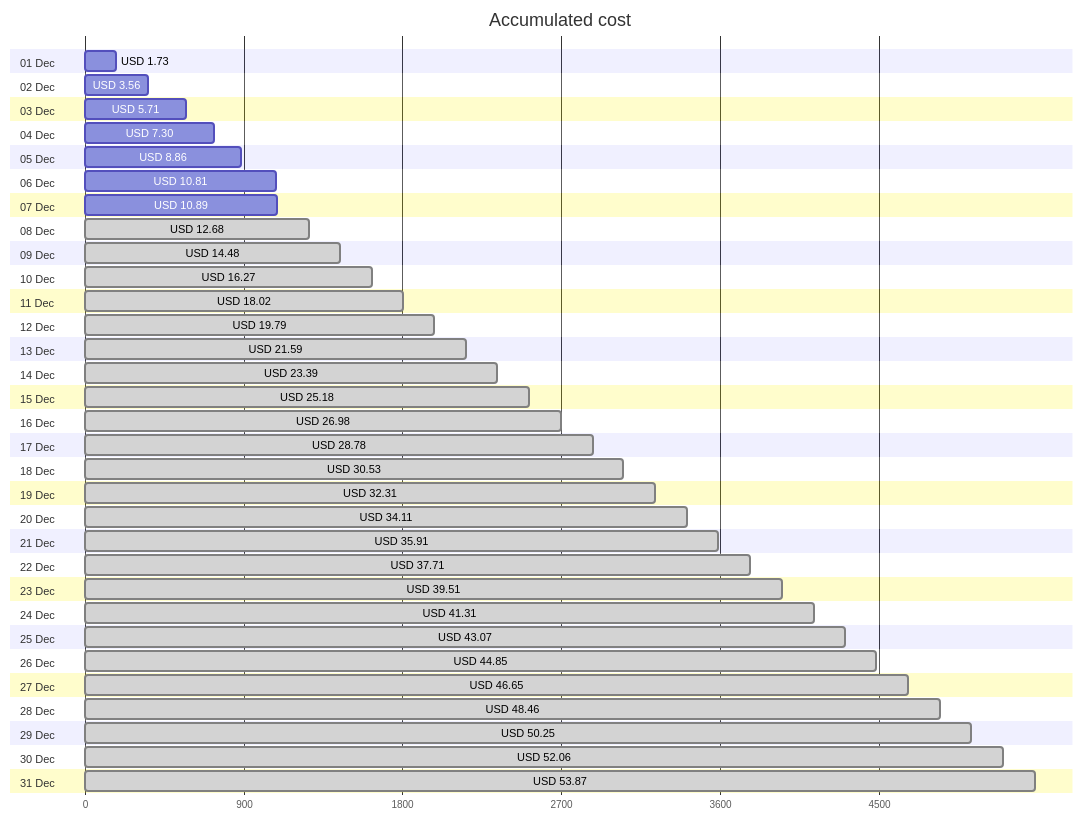
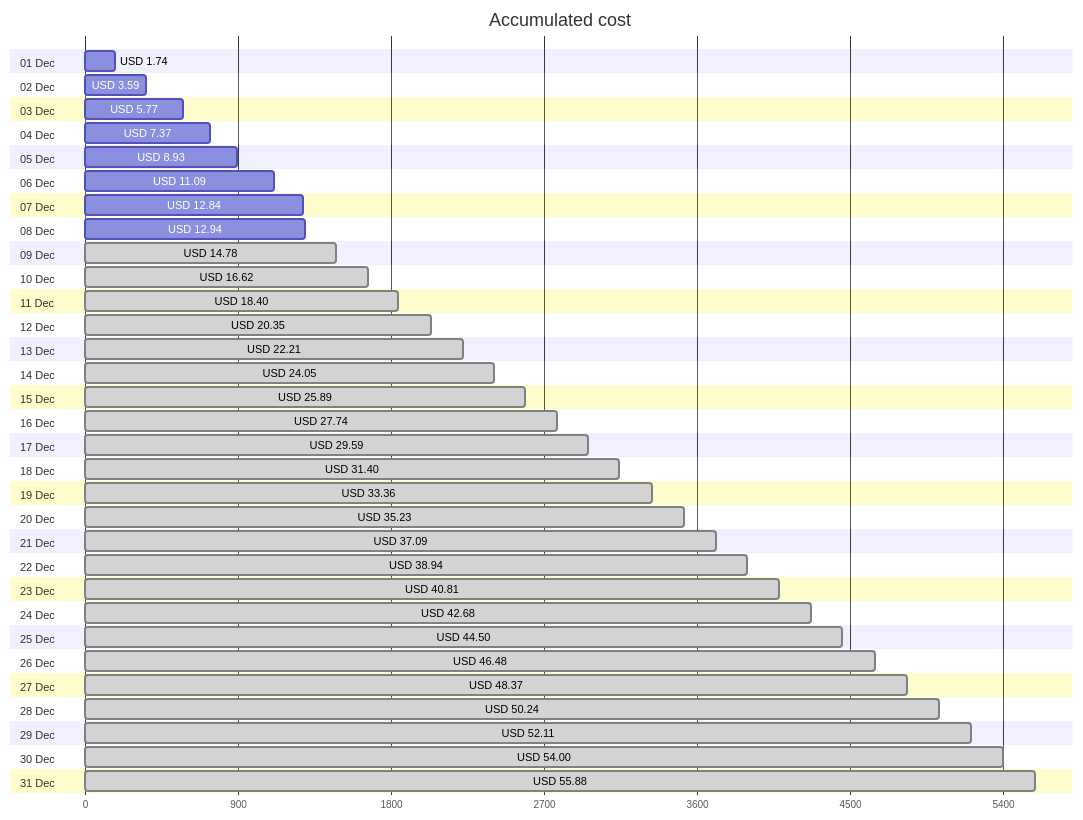
Before and after one commit to jpfulton/azure-personal-reports: the first of 4 diagrams in cost-reports/personal-network/README.md, drawn with Mermaid. The commit also changed other lines of this file and 8 other files, not shown here.

````diff
--- a/cost-reports/personal-network/README.md
+++ b/cost-reports/personal-network/README.md
@@ -20,68 +20,68 @@
 ```mermaid
 gantt
    title Accumulated cost
    dateFormat  X
    axisFormat %s
    section 01 Dec
-   USD 1.73 :0, 173
+   USD 1.74 :0, 174
    section 02 Dec
-   USD 3.56 :0, 356
+   USD 3.59 :0, 359
    section 03 Dec
-   USD 5.71 :0, 571
+   USD 5.77 :0, 577
    section 04 Dec
-   USD 7.30 :0, 730
+   USD 7.37 :0, 737
    section 05 Dec
-   USD 8.86 :0, 886
+   USD 8.93 :0, 893
    section 06 Dec
-   USD 10.81 :0, 1081
+   USD 11.09 :0, 1109
    section 07 Dec
-   USD 10.89 :0, 1089
+   USD 12.84 :0, 1284
    section 08 Dec
-   USD 12.68 : done, 0, 1268
+   USD 12.94 :0, 1294
    section 09 Dec
-   USD 14.48 : done, 0, 1448
+   USD 14.78 : done, 0, 1478
    section 10 Dec
-   USD 16.27 : done, 0, 1627
+   USD 16.62 : done, 0, 1662
    section 11 Dec
-   USD 18.02 : done, 0, 1802
+   USD 18.40 : done, 0, 1840
    section 12 Dec
-   USD 19.79 : done, 0, 1979
+   USD 20.35 : done, 0, 2035
    section 13 Dec
-   USD 21.59 : done, 0, 2159
+   USD 22.21 : done, 0, 2221
    section 14 Dec
-   USD 23.39 : done, 0, 2339
+   USD 24.05 : done, 0, 2405
    section 15 Dec
-   USD 25.18 : done, 0, 2518
+   USD 25.89 : done, 0, 2589
    section 16 Dec
-   USD 26.98 : done, 0, 2698
+   USD 27.74 : done, 0, 2774
    section 17 Dec
-   USD 28.78 : done, 0, 2878
+   USD 29.59 : done, 0, 2959
    section 18 Dec
-   USD 30.53 : done, 0, 3053
+   USD 31.40 : done, 0, 3140
    section 19 Dec
-   USD 32.31 : done, 0, 3231
+   USD 33.36 : done, 0, 3336
    section 20 Dec
-   USD 34.11 : done, 0, 3411
+   USD 35.23 : done, 0, 3523
    section 21 Dec
-   USD 35.91 : done, 0, 3591
+   USD 37.09 : done, 0, 3709
    section 22 Dec
-   USD 37.71 : done, 0, 3771
+   USD 38.94 : done, 0, 3894
    section 23 Dec
-   USD 39.51 : done, 0, 3951
+   USD 40.81 : done, 0, 4081
    section 24 Dec
-   USD 41.31 : done, 0, 4131
+   USD 42.68 : done, 0, 4268
    section 25 Dec
-   USD 43.07 : done, 0, 4307
+   USD 44.50 : done, 0, 4450
    section 26 Dec
-   USD 44.85 : done, 0, 4485
+   USD 46.48 : done, 0, 4648
    section 27 Dec
-   USD 46.65 : done, 0, 4665
+   USD 48.37 : done, 0, 4837
    section 28 Dec
-   USD 48.46 : done, 0, 4846
+   USD 50.24 : done, 0, 5024
    section 29 Dec
-   USD 50.25 : done, 0, 5025
+   USD 52.11 : done, 0, 5211
    section 30 Dec
-   USD 52.06 : done, 0, 5206
+   USD 54.00 : done, 0, 5400
    section 31 Dec
-   USD 53.87 : done, 0, 5387
+   USD 55.88 : done, 0, 5588
 ```
````
